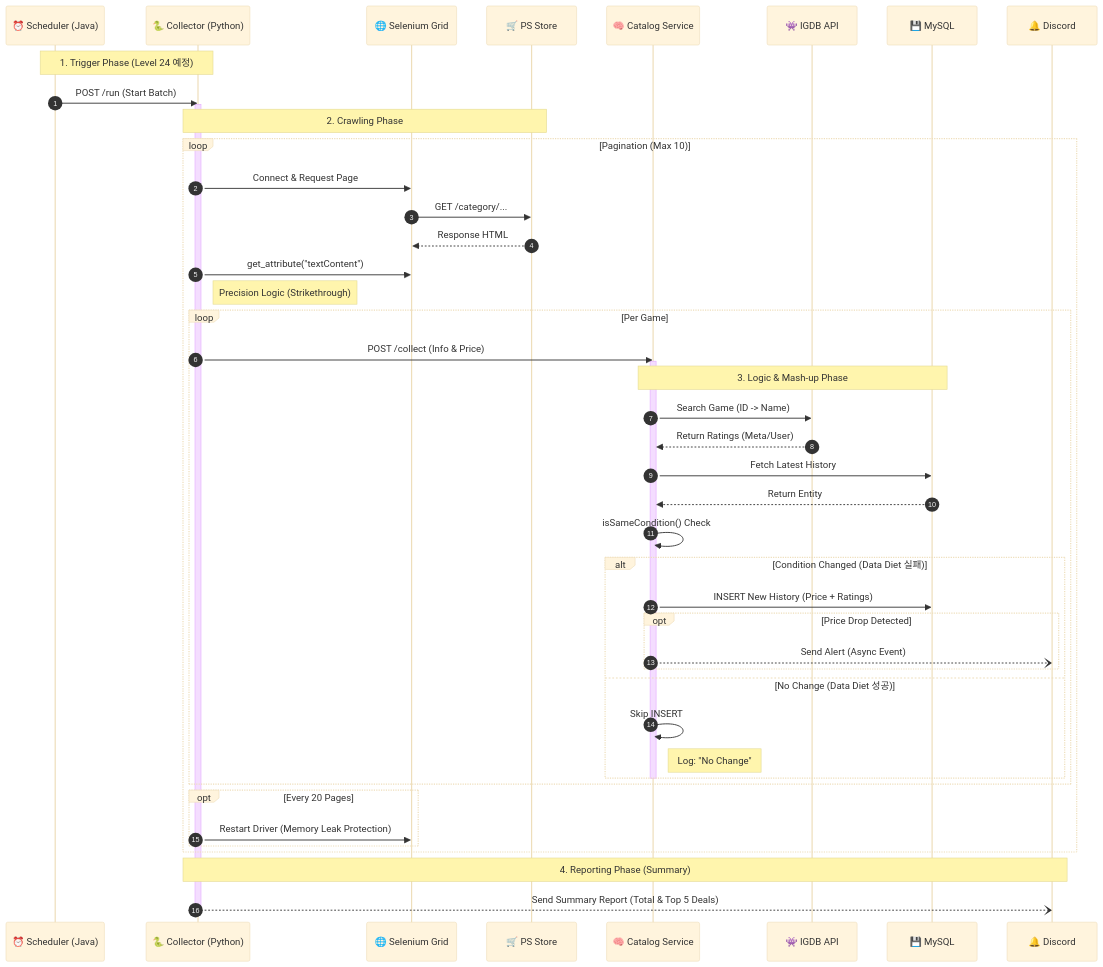
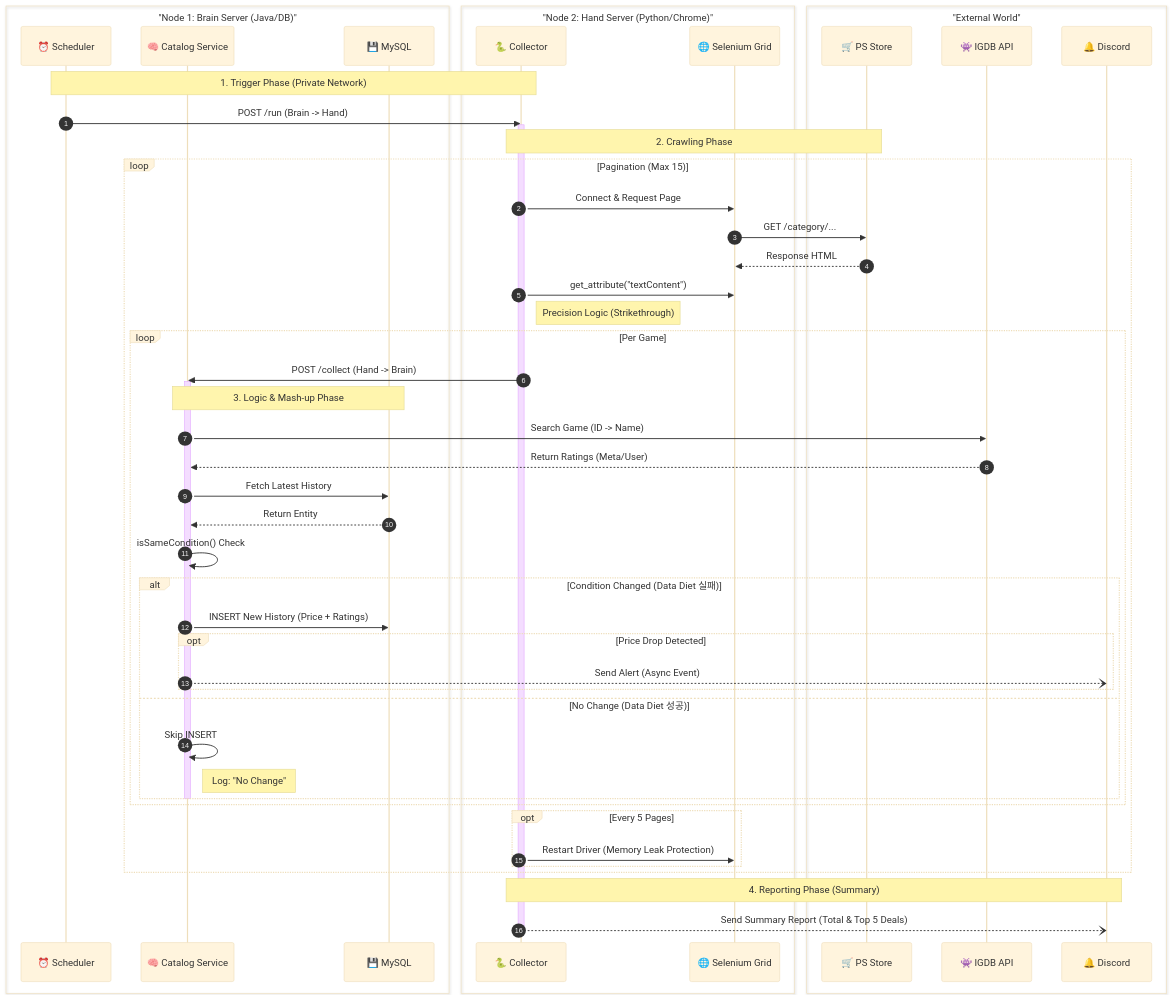
One commit to ygpark11/backend-lab changed the first of 2 diagrams in msa/apps/README.md. Above: the diagram before and after it, drawn with Mermaid (base theme). The commit also changed other lines of this file, not shown here.

````diff
--- a/msa/apps/README.md
+++ b/msa/apps/README.md
@@ -191,61 +199,71 @@
 ```mermaid
 sequenceDiagram
     autonumber
-    participant Scheduler as ⏰ Scheduler (Java)
-    participant Crawler as 🐍 Collector (Python)
-    participant Chrome as 🌐 Selenium Grid
-    participant Store as 🛒 PS Store
-    participant Service as 🧠 Catalog Service
-    participant IGDB as 👾 IGDB API
-    participant DB as 💾 MySQL
-    participant Discord as 🔔 Discord
 
-    Note over Scheduler, Crawler: 1. Trigger Phase (Level 24 예정)
-    Scheduler->>Crawler: POST /run (Start Batch)
+    %% 물리적 서버 그룹핑 (Distributed Architecture 시각화)
+    box "Node 1: Brain Server (Java/DB)" #e1f5fe
+        participant Scheduler as ⏰ Scheduler
+        participant Service as 🧠 Catalog Service
+        participant DB as 💾 MySQL
+    end
+
+    box "Node 2: Hand Server (Python/Chrome)" #fff3e0
+        participant Crawler as 🐍 Collector
+        participant Chrome as 🌐 Selenium Grid
+    end
+
+    box "External World" #f5f5f5
+        participant Store as 🛒 PS Store
+        participant IGDB as 👾 IGDB API
+        participant Discord as 🔔 Discord
+    end
+
+    Note over Scheduler, Crawler: 1. Trigger Phase (Private Network)
+    Scheduler->>Crawler: POST /run (Brain -> Hand)
     activate Crawler
     
     Note over Crawler, Store: 2. Crawling Phase
-    loop Pagination (Max 10)
+    loop Pagination (Max 15)
         Crawler->>Chrome: Connect & Request Page
         Chrome->>Store: GET /category/...
         Store-->>Chrome: Response HTML
         Crawler->>Chrome: get_attribute("textContent")
         Note right of Crawler: Precision Logic (Strikethrough)
 
         loop Per Game
-            Crawler->>Service: POST /collect (Info & Price)
+            %% Hand에서 Brain으로 데이터 전송
+            Crawler->>Service: POST /collect (Hand -> Brain)
             activate Service
             
             Note over Service, DB: 3. Logic & Mash-up Phase
             
-            %% [Level 23 추가] IGDB 연동 구간
             Service->>IGDB: Search Game (ID -> Name)
             IGDB-->>Service: Return Ratings (Meta/User)
             
             Service->>DB: Fetch Latest History
             DB-->>Service: Return Entity
             
             Service->>Service: isSameCondition() Check
             
             alt Condition Changed (Data Diet 실패)
                 Service->>DB: INSERT New History (Price + Ratings)
                 
                 opt Price Drop Detected
                     Service--)Discord: Send Alert (Async Event)
                 end
             else No Change (Data Diet 성공)
                 Service->>Service: Skip INSERT
                 Note right of Service: Log: "No Change"
             end
             deactivate Service
         end
         
-        opt Every 20 Pages
+        opt Every 5 Pages
             Crawler->>Chrome: Restart Driver (Memory Leak Protection)
         end
     end
     
     Note over Crawler, Discord: 4. Reporting Phase (Summary)
     Crawler--)Discord: Send Summary Report (Total & Top 5 Deals)
     deactivate Crawler
 ```
````
